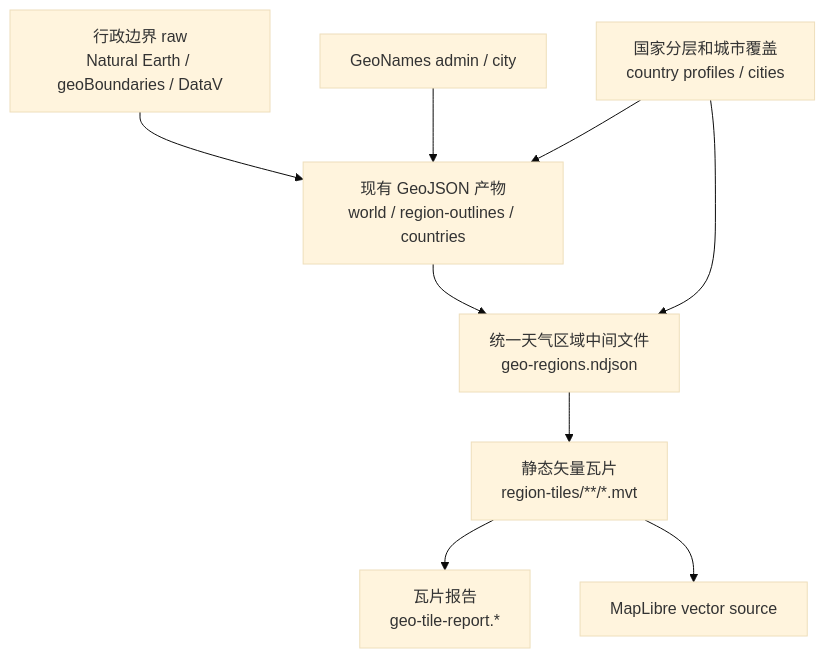
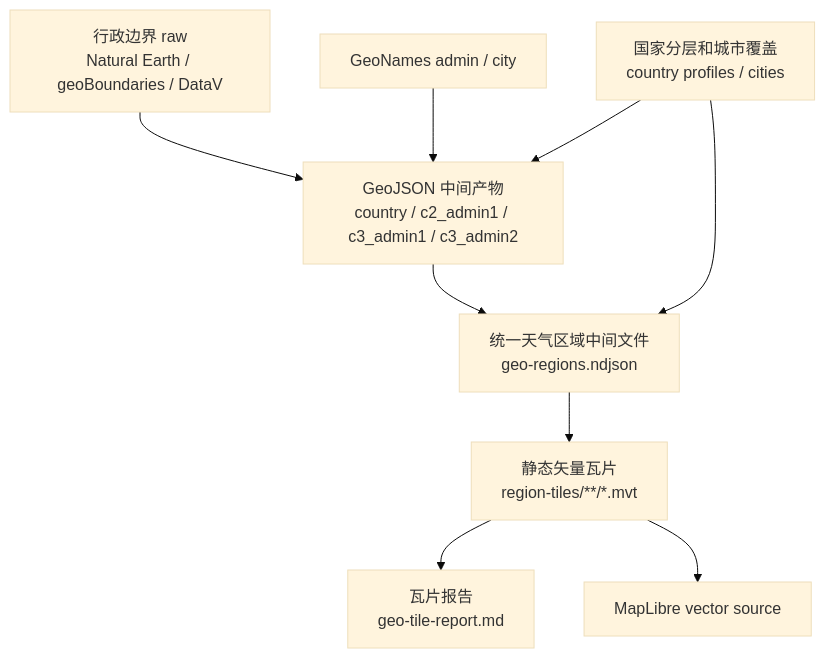
The diagram in docs/specs/40-map-vector-tiles-performance.md (xiaomingio/weather-trip), drawn with Mermaid (base theme) before and after one commit. The commit also changed other lines of this file and 56 other files, not shown here.

````diff
--- a/docs/specs/40-map-vector-tiles-performance.md
+++ b/docs/specs/40-map-vector-tiles-performance.md
@@ -251,20 +232,20 @@
 ```mermaid
 flowchart TD
   rawBoundary["行政边界 raw<br/>Natural Earth / geoBoundaries / DataV"]
   geonames["GeoNames admin / city"]
   coverage["国家分层和城市覆盖<br/>country profiles / cities"]
-  geojson["现有 GeoJSON 产物<br/>world / region-outlines / countries"]
+  geojson["GeoJSON 中间产物<br/>country / c2_admin1 / c3_admin1 / c3_admin2"]
   regions["统一天气区域中间文件<br/>geo-regions.ndjson"]
   tiles["静态矢量瓦片<br/>region-tiles/**/*.mvt"]
-  report["瓦片报告<br/>geo-tile-report.*"]
+  report["瓦片报告<br/>geo-tile-report.md"]
   browser["MapLibre vector source"]
 
   rawBoundary --> geojson
   geonames --> geojson
   coverage --> geojson
   geojson --> regions
   coverage --> regions
   regions --> tiles
   tiles --> report
   tiles --> browser
 ```
````
